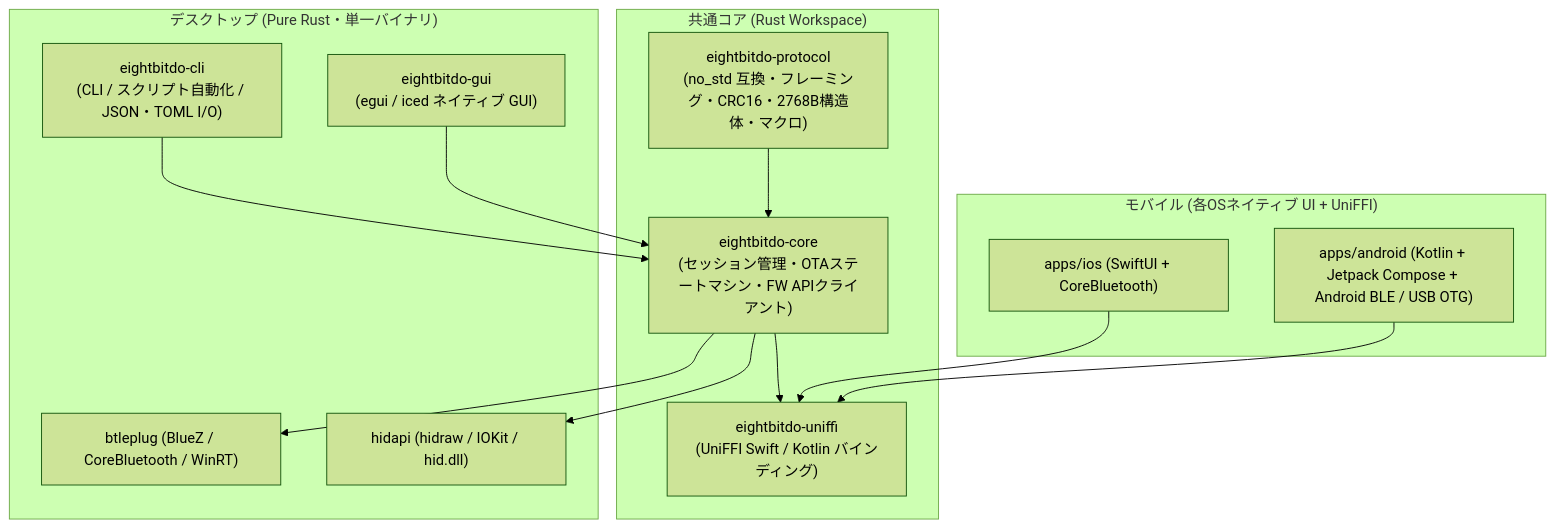
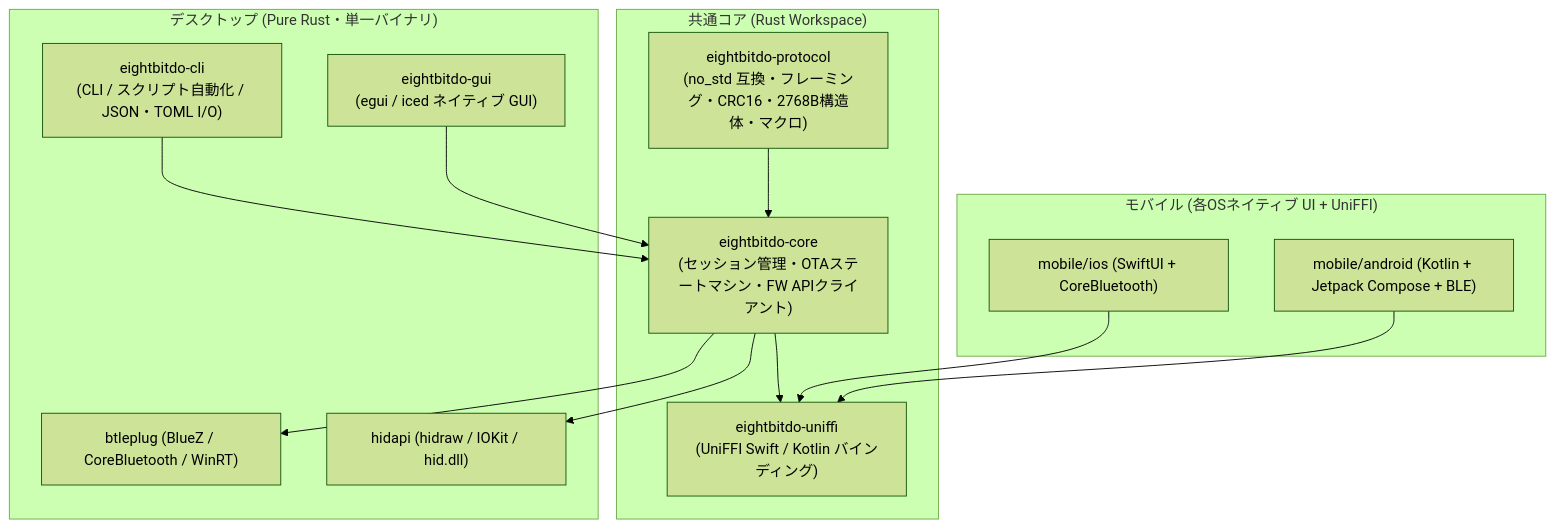
The diagram in docs/IMPLEMENTATION_PLAN.md (haruki0420/8bitdo-ultimate2-suite), drawn with Mermaid (forest theme) before and after one commit. The commit also changed other lines of this file and 7 other files, not shown here.

````diff
--- a/docs/IMPLEMENTATION_PLAN.md
+++ b/docs/IMPLEMENTATION_PLAN.md
@@ -18,28 +18,28 @@
 ```mermaid
 graph TD
     subgraph Shared["共通コア (Rust Workspace)"]
         Proto["eightbitdo-protocol<br/>(no_std 互換・フレーミング・CRC16・2768B構造体・マクロ)"]
         Core["eightbitdo-core<br/>(セッション管理・OTAステートマシン・FW APIクライアント)"]
         FFI["eightbitdo-uniffi<br/>(UniFFI Swift / Kotlin バインディング)"]
         Proto --> Core
         Core --> FFI
     end
 
     subgraph Desktop["デスクトップ (Pure Rust・単一バイナリ)"]
         CLI["eightbitdo-cli<br/>(CLI / スクリプト自動化 / JSON・TOML I/O)"]
         GUI["eightbitdo-gui<br/>(egui / iced ネイティブ GUI)"]
         BTDesk["btleplug (BlueZ / CoreBluetooth / WinRT)"]
         HIDDesk["hidapi (hidraw / IOKit / hid.dll)"]
         CLI --> Core
         GUI --> Core
         Core --> BTDesk
         Core --> HIDDesk
     end
 
     subgraph Mobile["モバイル (各OSネイティブ UI + UniFFI)"]
-        iOS["apps/ios (SwiftUI + CoreBluetooth)"]
-        Android["apps/android (Kotlin + Jetpack Compose + Android BLE / USB OTG)"]
+        iOS["mobile/ios (SwiftUI + CoreBluetooth)"]
+        Android["mobile/android (Kotlin + Jetpack Compose + BLE)"]
         iOS --> FFI
         Android --> FFI
     end
 ```
````
